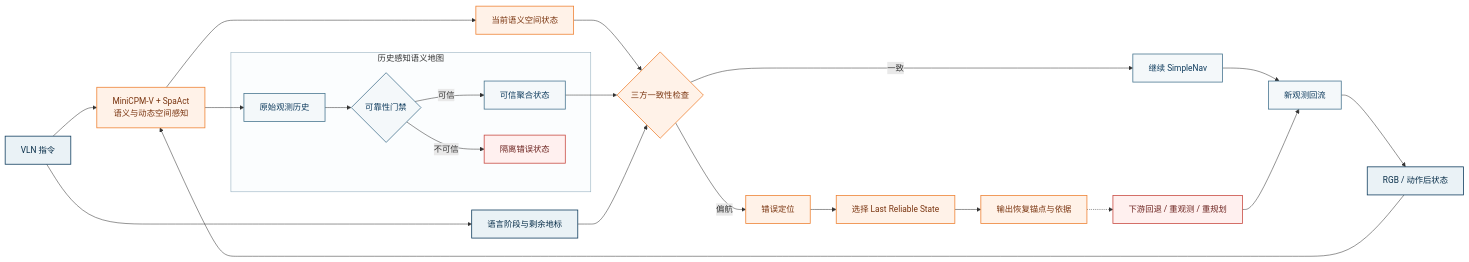
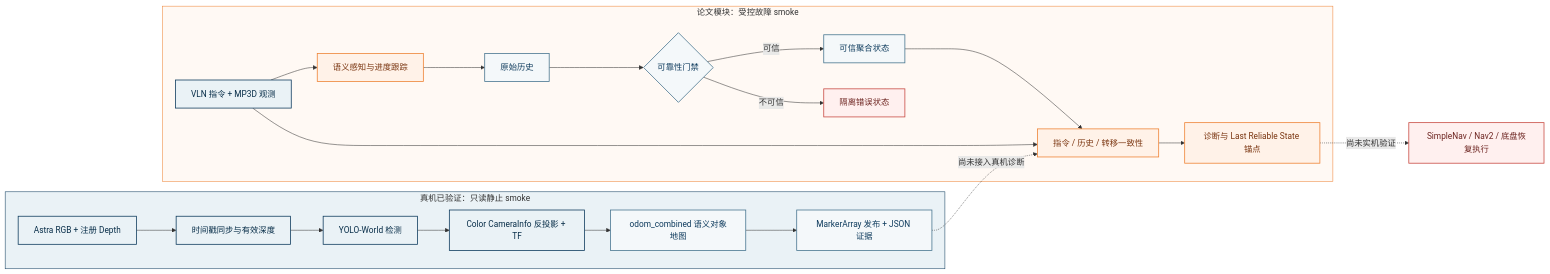
One commit to lijinghai/lijinghai.github.io changed the diagram in RabbitRobotNav/system-flow.mmd. Above: the diagram before and after it, drawn with Mermaid. The commit also changed 15 other files, not shown here.

First line of the commit message:
更新 RabbitRobotNav 论文主页的最新实机图片与分层证据

```diff
--- a/RabbitRobotNav/system-flow.mmd
+++ b/RabbitRobotNav/system-flow.mmd
@@ -1,35 +1,33 @@
 flowchart LR
-    I["VLN 指令"] --> P["MiniCPM-V + SpaAct<br/>语义与动态空间感知"]
-    O["RGB / 动作后状态"] --> P
+    subgraph robot["真机已验证：只读静止 smoke"]
+        RGB["Astra RGB + 注册 Depth"] --> SYNC["时间戳同步与有效深度"]
+        SYNC --> YOLO["YOLO-World 检测"]
+        YOLO --> GEO["Color CameraInfo 反投影 + TF"]
+        GEO --> MAP["odom_combined 语义对象地图"]
+        MAP --> PUB["MarkerArray 发布 + JSON 证据"]
+    end
 
-    subgraph memory["历史感知语义地图"]
-        R["原始观测历史"] --> G{"可靠性门禁"}
+    subgraph thesis["论文模块：受控故障 smoke"]
+        I["VLN 指令 + MP3D 观测"] --> P["语义感知与进度跟踪"]
+        P --> R["原始历史"]
+        R --> G{"可靠性门禁"}
         G -->|"可信"| T["可信聚合状态"]
         G -->|"不可信"| X["隔离错误状态"]
+        T --> K["指令 / 历史 / 转移一致性"]
+        I --> K
+        K --> D["诊断与 Last Reliable State 锚点"]
     end
 
-    P --> R
-    P --> C["当前语义空间状态"]
-    I --> S["语言阶段与剩余地标"]
-    C --> K{"三方一致性检查"}
-    T --> K
-    S --> K
-
-    K -->|"一致"| N["继续 SimpleNav"]
-    K -->|"偏航"| D["错误定位"]
-    D --> A["选择 Last Reliable State"]
-    A --> Q["输出恢复锚点与依据"]
-    Q -.-> E["下游回退 / 重观测 / 重规划"]
-    N --> F["新观测回流"]
-    E --> F
-    F --> O
+    PUB -.->|"尚未接入真机诊断"| K
+    D -.->|"尚未实机验证"| E["SimpleNav / Nav2 / 底盘恢复执行"]
 
     classDef input fill:#eaf2f6,stroke:#0e3b5d,color:#072d48,stroke-width:1.5px;
     classDef core fill:#fff2e8,stroke:#ee8234,color:#7a3510,stroke-width:1.5px;
     classDef memoryNode fill:#f4f8fa,stroke:#47758f,color:#0e3b5d,stroke-width:1.5px;
     classDef boundary fill:#fff0ef,stroke:#c84a42,color:#6d2420,stroke-width:1.5px;
-    class I,O,S input;
-    class P,C,K,D,A,Q core;
-    class R,G,T,N,F memoryNode;
+    class RGB,SYNC,YOLO,GEO,I input;
+    class P,K,D core;
+    class R,G,T,MAP,PUB memoryNode;
     class X,E boundary;
-    style memory fill:#fbfdfe,stroke:#8ca9ba,stroke-width:1px
+    style robot fill:#eaf2f6,stroke:#0e3b5d,stroke-width:1px
+    style thesis fill:#fff9f4,stroke:#ee8234,stroke-width:1px
```
